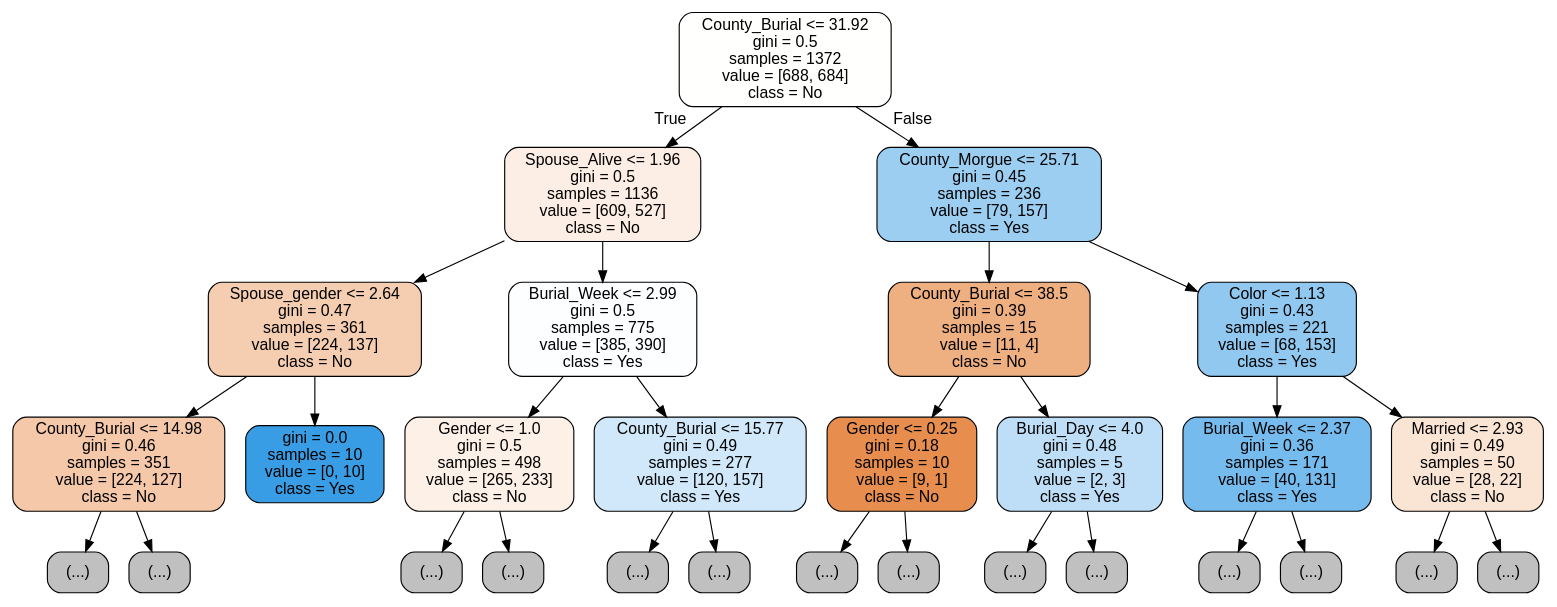
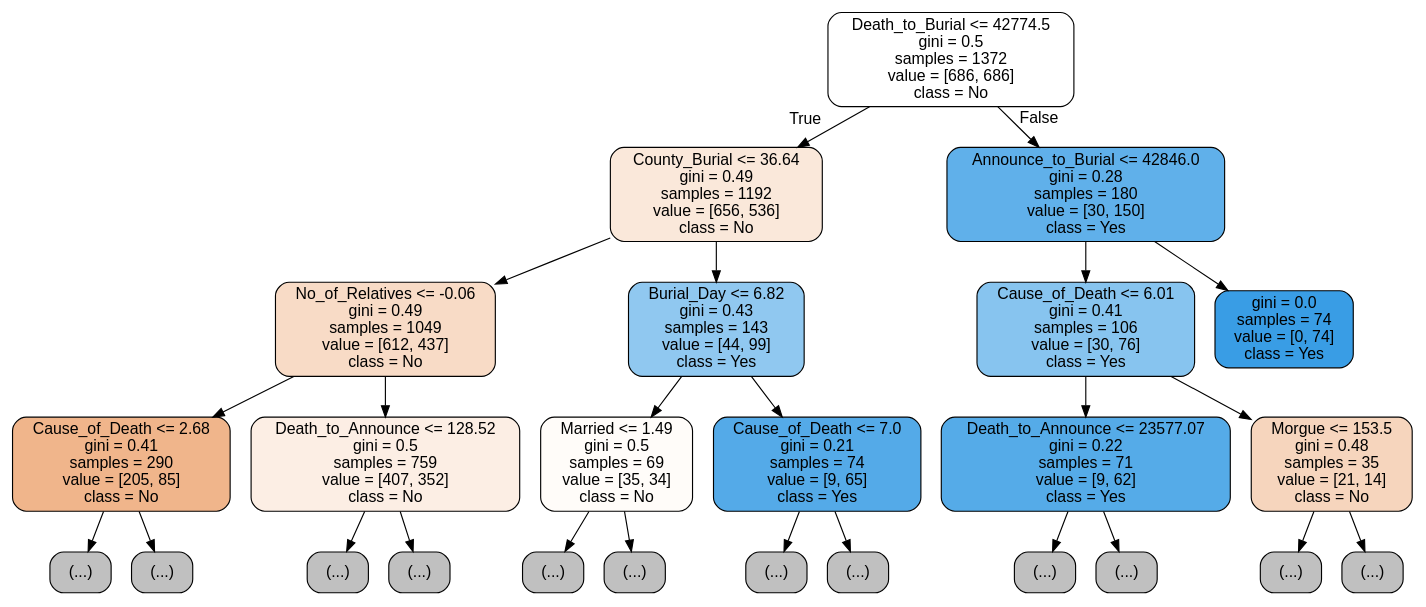
Before and after one commit to Felix-ai/life_insurance_prediction: the diagram in tree.dot, drawn with Graphviz.

Commit message:
Updated Decision Tree Builder source files

```diff
--- a/tree.dot
+++ b/tree.dot
@@ -1,61 +1,53 @@
 digraph Tree {
 node [shape=box, style="filled, rounded", color="black", fontname=helvetica] ;
 edge [fontname=helvetica] ;
-0 [label="County_Burial <= 31.92\ngini = 0.5\nsamples = 1372\nvalue = [688, 684]\nclass = No", fillcolor="#e5813901"] ;
-1 [label="Spouse_Alive <= 1.96\ngini = 0.5\nsamples = 1136\nvalue = [609, 527]\nclass = No", fillcolor="#e5813922"] ;
+0 [label="Death_to_Burial <= 42774.5\ngini = 0.5\nsamples = 1372\nvalue = [686, 686]\nclass = No", fillcolor="#e5813900"] ;
+1 [label="County_Burial <= 36.64\ngini = 0.49\nsamples = 1192\nvalue = [656, 536]\nclass = No", fillcolor="#e581392f"] ;
 0 -> 1 [labeldistance=2.5, labelangle=45, headlabel="True"] ;
-2 [label="Spouse_gender <= 2.64\ngini = 0.47\nsamples = 361\nvalue = [224, 137]\nclass = No", fillcolor="#e5813963"] ;
+2 [label="No_of_Relatives <= -0.06\ngini = 0.49\nsamples = 1049\nvalue = [612, 437]\nclass = No", fillcolor="#e5813949"] ;
 1 -> 2 ;
-3 [label="County_Burial <= 14.98\ngini = 0.46\nsamples = 351\nvalue = [224, 127]\nclass = No", fillcolor="#e581396e"] ;
+3 [label="Cause_of_Death <= 2.68\ngini = 0.41\nsamples = 290\nvalue = [205, 85]\nclass = No", fillcolor="#e5813995"] ;
 2 -> 3 ;
 4 [label="(...)", fillcolor="#C0C0C0"] ;
 3 -> 4 ;
 7 [label="(...)", fillcolor="#C0C0C0"] ;
 3 -> 7 ;
-10 [label="gini = 0.0\nsamples = 10\nvalue = [0, 10]\nclass = Yes", fillcolor="#399de5ff"] ;
+10 [label="Death_to_Announce <= 128.52\ngini = 0.5\nsamples = 759\nvalue = [407, 352]\nclass = No", fillcolor="#e5813922"] ;
 2 -> 10 ;
-11 [label="Burial_Week <= 2.99\ngini = 0.5\nsamples = 775\nvalue = [385, 390]\nclass = Yes", fillcolor="#399de503"] ;
-1 -> 11 ;
-12 [label="Gender <= 1.0\ngini = 0.5\nsamples = 498\nvalue = [265, 233]\nclass = No", fillcolor="#e581391f"] ;
-11 -> 12 ;
-13 [label="(...)", fillcolor="#C0C0C0"] ;
-12 -> 13 ;
-16 [label="(...)", fillcolor="#C0C0C0"] ;
-12 -> 16 ;
-19 [label="County_Burial <= 15.77\ngini = 0.49\nsamples = 277\nvalue = [120, 157]\nclass = Yes", fillcolor="#399de53c"] ;
-11 -> 19 ;
-20 [label="(...)", fillcolor="#C0C0C0"] ;
-19 -> 20 ;
-23 [label="(...)", fillcolor="#C0C0C0"] ;
-19 -> 23 ;
-26 [label="County_Morgue <= 25.71\ngini = 0.45\nsamples = 236\nvalue = [79, 157]\nclass = Yes", fillcolor="#399de57f"] ;
-0 -> 26 [labeldistance=2.5, labelangle=-45, headlabel="False"] ;
-27 [label="County_Burial <= 38.5\ngini = 0.39\nsamples = 15\nvalue = [11, 4]\nclass = No", fillcolor="#e58139a2"] ;
-26 -> 27 ;
-28 [label="Gender <= 0.25\ngini = 0.18\nsamples = 10\nvalue = [9, 1]\nclass = No", fillcolor="#e58139e3"] ;
-27 -> 28 ;
+11 [label="(...)", fillcolor="#C0C0C0"] ;
+10 -> 11 ;
+14 [label="(...)", fillcolor="#C0C0C0"] ;
+10 -> 14 ;
+17 [label="Burial_Day <= 6.82\ngini = 0.43\nsamples = 143\nvalue = [44, 99]\nclass = Yes", fillcolor="#399de58e"] ;
+1 -> 17 ;
+18 [label="Married <= 1.49\ngini = 0.5\nsamples = 69\nvalue = [35, 34]\nclass = No", fillcolor="#e5813907"] ;
+17 -> 18 ;
+19 [label="(...)", fillcolor="#C0C0C0"] ;
+18 -> 19 ;
+22 [label="(...)", fillcolor="#C0C0C0"] ;
+18 -> 22 ;
+25 [label="Cause_of_Death <= 7.0\ngini = 0.21\nsamples = 74\nvalue = [9, 65]\nclass = Yes", fillcolor="#399de5dc"] ;
+17 -> 25 ;
+26 [label="(...)", fillcolor="#C0C0C0"] ;
+25 -> 26 ;
 29 [label="(...)", fillcolor="#C0C0C0"] ;
-28 -> 29 ;
-32 [label="(...)", fillcolor="#C0C0C0"] ;
-28 -> 32 ;
-33 [label="Burial_Day <= 4.0\ngini = 0.48\nsamples = 5\nvalue = [2, 3]\nclass = Yes", fillcolor="#399de555"] ;
-27 -> 33 ;
-34 [label="(...)", fillcolor="#C0C0C0"] ;
+25 -> 29 ;
+32 [label="Announce_to_Burial <= 42846.0\ngini = 0.28\nsamples = 180\nvalue = [30, 150]\nclass = Yes", fillcolor="#399de5cc"] ;
+0 -> 32 [labeldistance=2.5, labelangle=-45, headlabel="False"] ;
+33 [label="Cause_of_Death <= 6.01\ngini = 0.41\nsamples = 106\nvalue = [30, 76]\nclass = Yes", fillcolor="#399de59a"] ;
+32 -> 33 ;
+34 [label="Death_to_Announce <= 23577.07\ngini = 0.22\nsamples = 71\nvalue = [9, 62]\nclass = Yes", fillcolor="#399de5da"] ;
 33 -> 34 ;
-37 [label="(...)", fillcolor="#C0C0C0"] ;
-33 -> 37 ;
-38 [label="Color <= 1.13\ngini = 0.43\nsamples = 221\nvalue = [68, 153]\nclass = Yes", fillcolor="#399de58e"] ;
-26 -> 38 ;
-39 [label="Burial_Week <= 2.37\ngini = 0.36\nsamples = 171\nvalue = [40, 131]\nclass = Yes", fillcolor="#399de5b1"] ;
-38 -> 39 ;
-40 [label="(...)", fillcolor="#C0C0C0"] ;
-39 -> 40 ;
-43 [label="(...)", fillcolor="#C0C0C0"] ;
-39 -> 43 ;
-46 [label="Married <= 2.93\ngini = 0.49\nsamples = 50\nvalue = [28, 22]\nclass = No", fillcolor="#e5813937"] ;
-38 -> 46 ;
-47 [label="(...)", fillcolor="#C0C0C0"] ;
-46 -> 47 ;
-50 [label="(...)", fillcolor="#C0C0C0"] ;
-46 -> 50 ;
+35 [label="(...)", fillcolor="#C0C0C0"] ;
+34 -> 35 ;
+38 [label="(...)", fillcolor="#C0C0C0"] ;
+34 -> 38 ;
+41 [label="Morgue <= 153.5\ngini = 0.48\nsamples = 35\nvalue = [21, 14]\nclass = No", fillcolor="#e5813955"] ;
+33 -> 41 ;
+42 [label="(...)", fillcolor="#C0C0C0"] ;
+41 -> 42 ;
+45 [label="(...)", fillcolor="#C0C0C0"] ;
+41 -> 45 ;
+48 [label="gini = 0.0\nsamples = 74\nvalue = [0, 74]\nclass = Yes", fillcolor="#399de5ff"] ;
+32 -> 48 ;
 }
```
